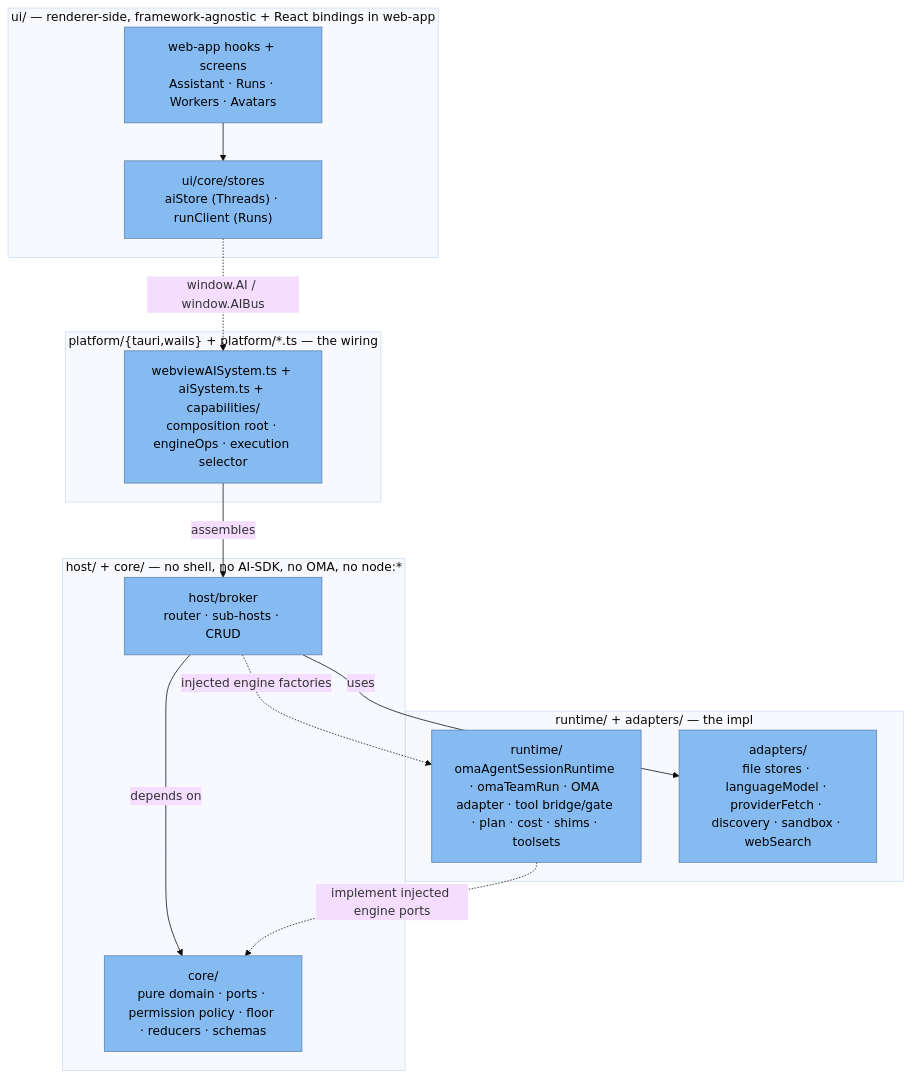
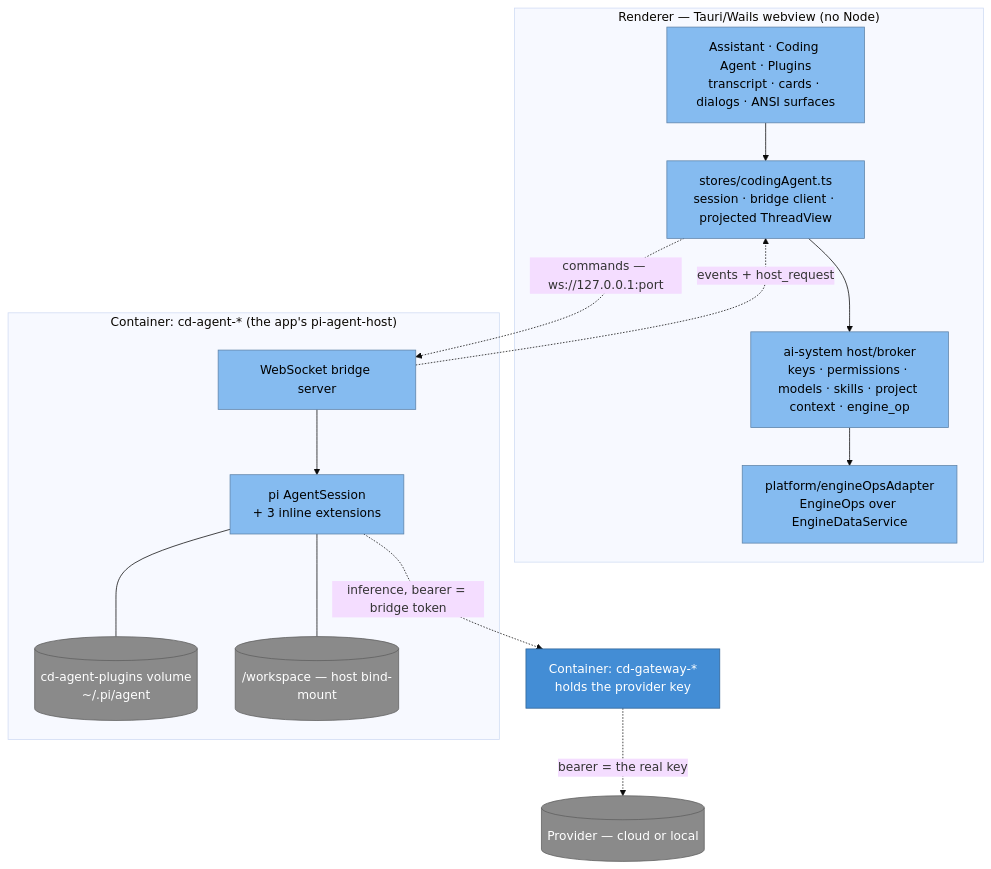
Before and after one commit to iongion/container-desktop: the diagram in docs/architecture/ai-subsystem.md, drawn with Mermaid (base theme). The commit also changed other lines of this file and 43 other files, not shown here.

First line of the commit message:
docs(ai): rewrite the AI architecture, then fix everything it exposed

````diff
--- a/docs/architecture/ai-subsystem.md
+++ b/docs/architecture/ai-subsystem.md
@@ -57,28 +22,31 @@
 ```mermaid
 flowchart TB
-  subgraph ui[ui/ — renderer-side, framework-agnostic + React bindings in web-app]
-    react["web-app hooks + screens<br/>Assistant · Runs · Workers · Avatars"]:::component
-    stores["ui/core/stores<br/>aiStore (Threads) · runClient (Runs)"]:::component
+  subgraph renderer["Renderer — Tauri/Wails webview (no Node)"]
+    ui["Assistant · Coding Agent · Plugins<br/>transcript · cards · dialogs · ANSI surfaces"]:::component
+    store["stores/codingAgent.ts<br/>session · bridge client · projected ThreadView"]:::component
+    broker["ai-system host/broker<br/>keys · permissions · models · skills · project context · engine_op"]:::component
+    ops["platform/engineOpsAdapter<br/>EngineOps over EngineDataService"]:::component
   end
-  subgraph mid[host/ + core/ — no shell, no AI-SDK, no OMA, no node:*]
-    broker["host/broker<br/>router · sub-hosts · CRUD"]:::component
-    core["core/<br/>pure domain · ports · permission policy · floor · reducers · schemas"]:::component
+  subgraph agent["Container: cd-agent-* (the app's pi-agent-host)"]
+    host["WebSocket bridge server"]:::component
+    pi["pi AgentSession<br/>+ 3 inline extensions"]:::component
+    vol[("cd-agent-plugins volume<br/>~/.pi/agent")]:::external
+    ws[("/workspace — host bind-mount")]:::external
   end
-  subgraph rt[runtime/ + adapters/ — the impl]
-    engines["runtime/<br/>omaAgentSessionRuntime · omaTeamRun · OMA adapter · tool bridge/gate · plan · cost · shims · toolsets"]:::component
-    adapters["adapters/<br/>file stores · languageModel · providerFetch · discovery · sandbox · webSearch"]:::component
-  end
-  subgraph shell["platform/{tauri,wails} + platform/*.ts — the wiring"]
-    wiring["webviewAISystem.ts + aiSystem.ts + capabilities/<br/>composition root · engineOps · execution selector"]:::component
-  end
+  gw["Container: cd-gateway-*<br/>holds the provider key"]:::container
+  prov[(Provider — cloud or local)]:::external
 
-  react --> stores
-  stores -.->|window.AI / window.AIBus| wiring
-  broker -->|depends on| core
-  broker -->|uses| adapters
-  engines -.->|implement injected engine ports| core
-  broker -.->|injected engine factories| engines
-  wiring -->|assembles| broker
+  ui --> store
+  store -.->|"commands — ws://127.0.0.1:port"| host
+  host -.->|"events + host_request"| store
+  host --> pi
+  pi --- vol
+  pi --- ws
+  store --> broker --> ops
+  pi -.->|"inference, bearer = bridge token"| gw
+  gw -.->|"bearer = the real key"| prov
 
   classDef component fill:#85bbf0,color:#000,stroke:#5d82a8;
+  classDef container fill:#438dd5,color:#fff,stroke:#2e6295;
+  classDef external fill:#8a8a8a,color:#fff,stroke:#5e5e5e;
 ```
````
